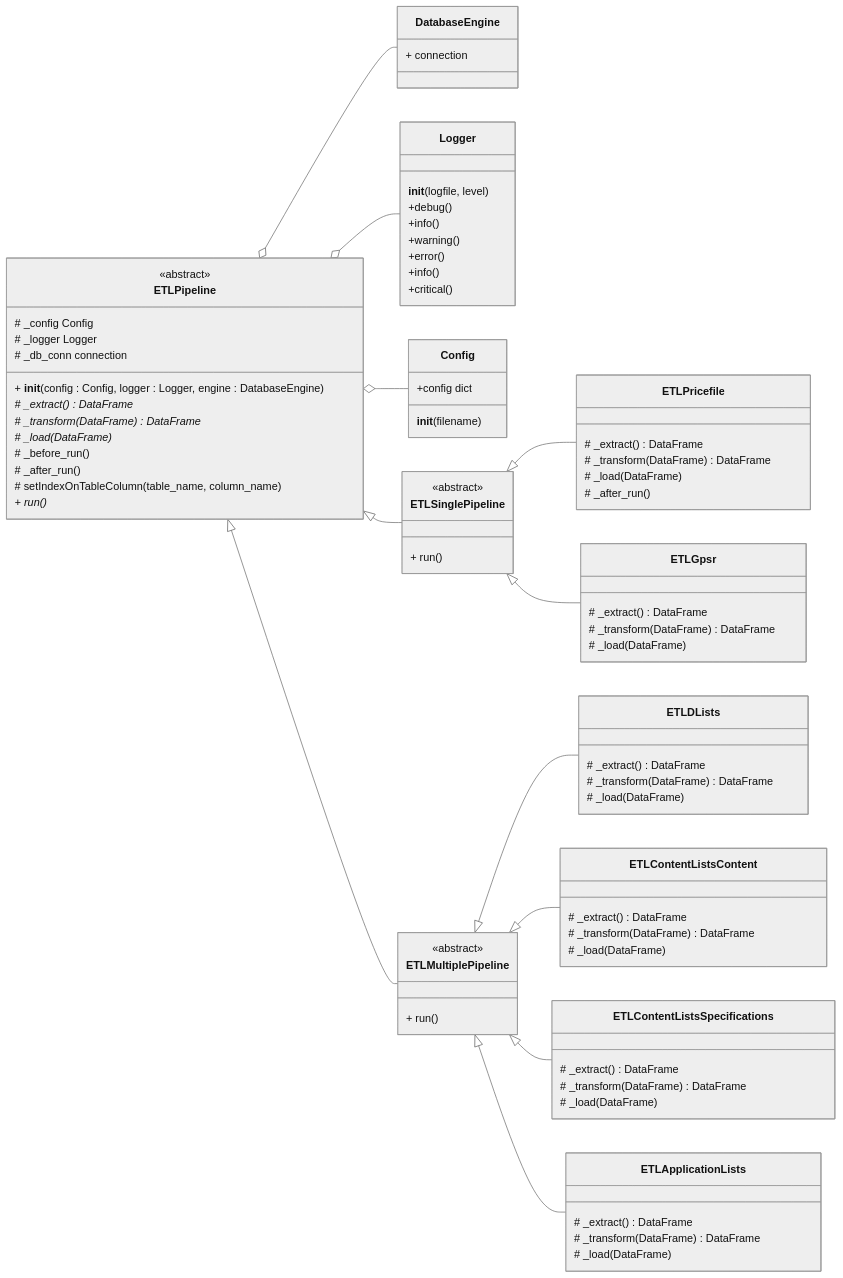
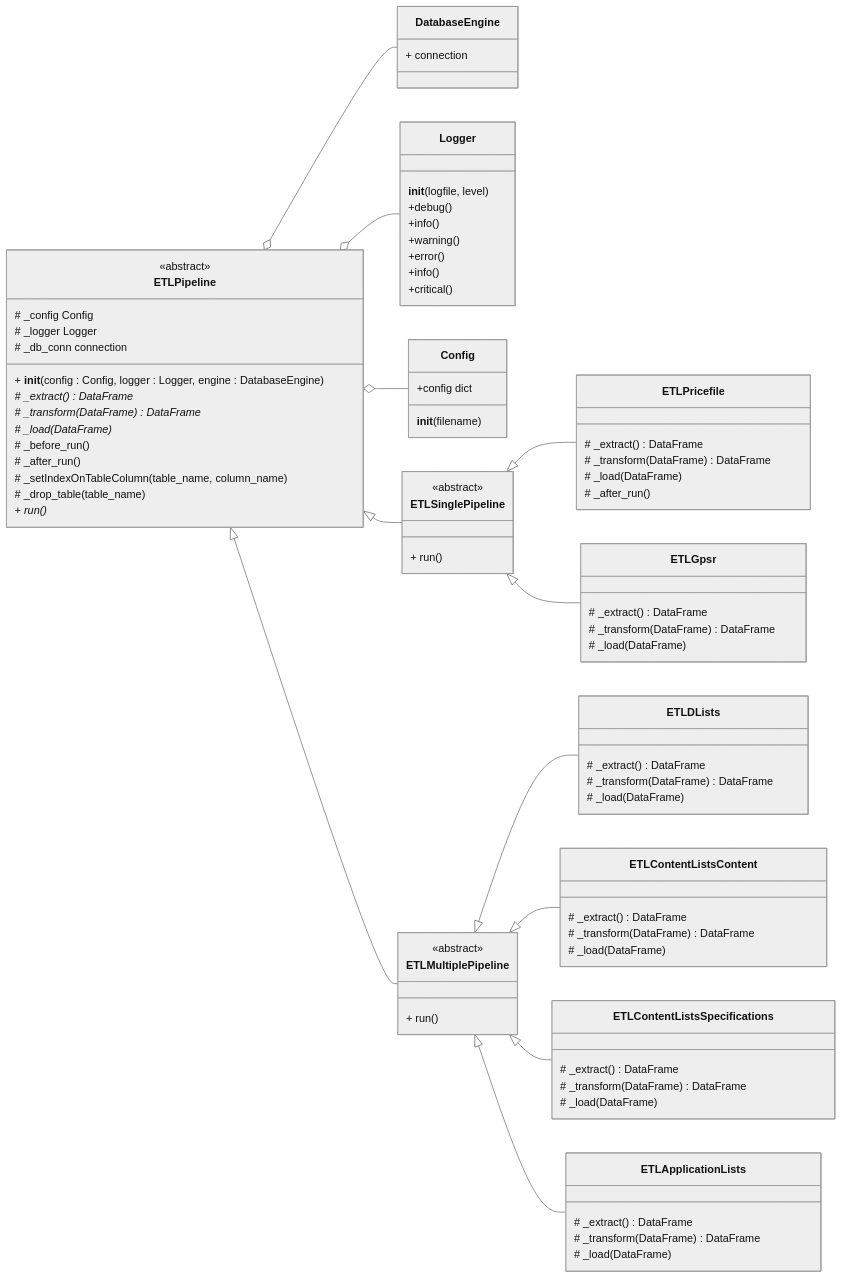
Before and after one commit to teses/python_cc_fsm2_kw28_etl: the diagram in docs/uml-klassendiagramm.md, drawn with Mermaid (neutral theme). The commit also changed 7 other files, not shown here.

```diff
--- a/docs/uml-klassendiagramm.md
+++ b/docs/uml-klassendiagramm.md
@@ -38,7 +38,8 @@
     # _before_run()
     # _after_run()
     
-    # setIndexOnTableColumn(table_name, column_name)
+    # _setIndexOnTableColumn(table_name, column_name)
+    # _drop_table(table_name)
     + run()*
 }
 
```
